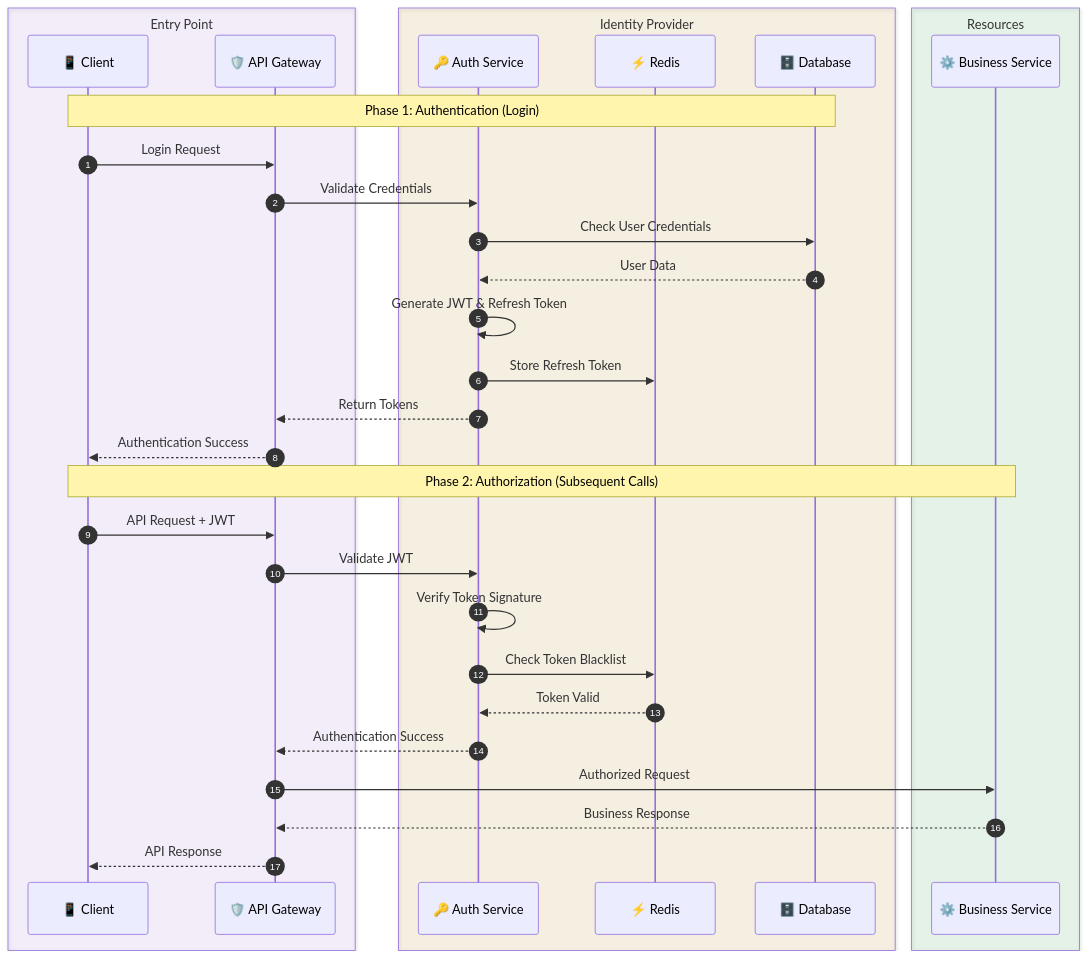
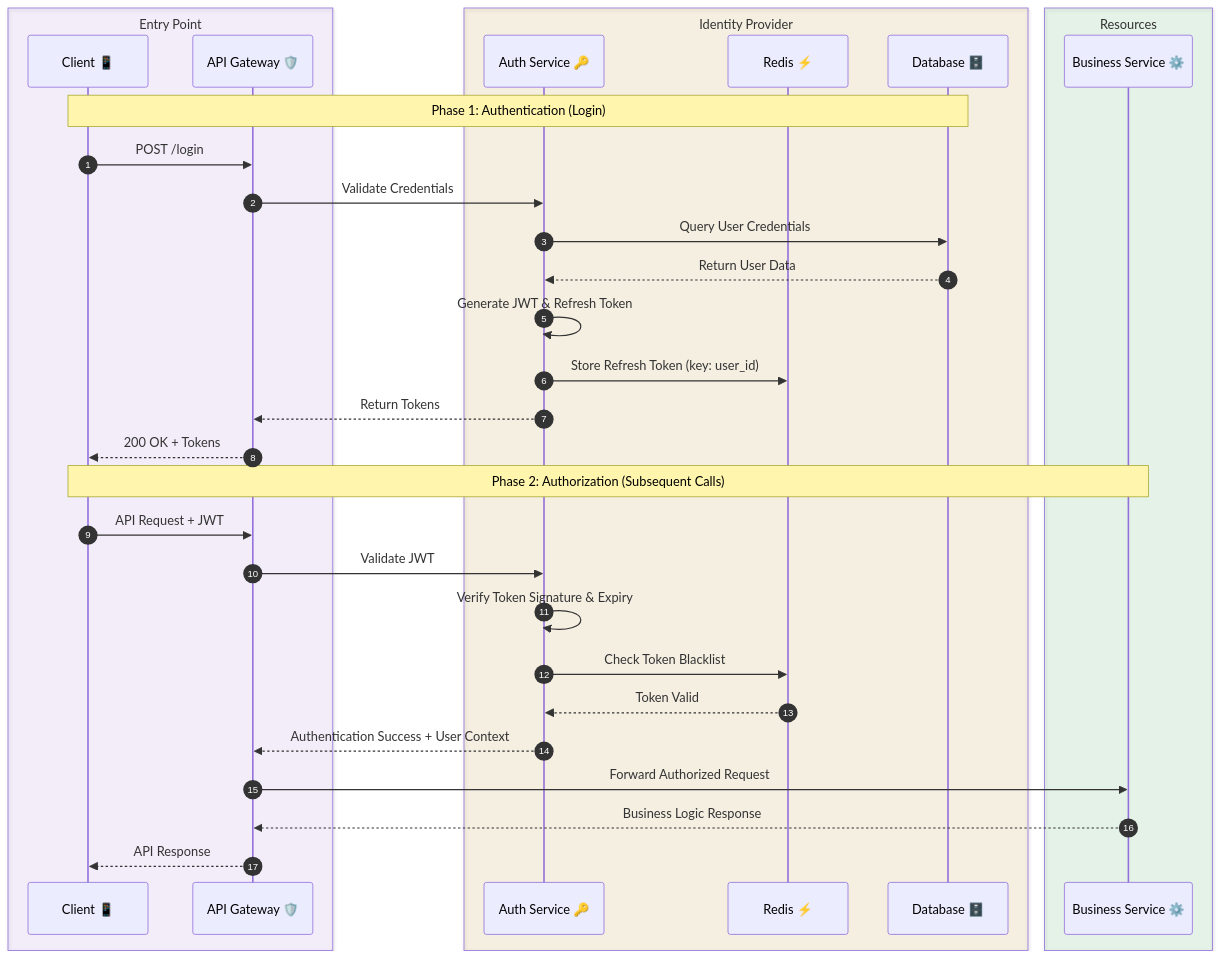
Before and after one commit to abdoElHodaky/transportapp: diagram 11 of 15 in docs/ARCHITECTURE.md, drawn with Mermaid. The commit also changed other lines of this file, not shown here.

````diff
--- a/docs/ARCHITECTURE.md
+++ b/docs/ARCHITECTURE.md
@@ -1830,59 +1778,57 @@
 ```mermaid
 %%{init: {
   "theme": "dark",
   "themeVariables": {
     "primaryColor": "#0d1117",
     "primaryTextColor": "#c9d1d9",
     "primaryBorderColor": "#58a6ff",
     "lineColor": "#58a6ff",
     "secondaryColor": "#30363d",
     "tertiaryColor": "#161b22",
     "mainBkg": "#0d1117",
     "actorBkg": "#0d1117",
     "actorBorder": "#58a6ff",
     "actorTextColor": "#c9d1d9"
   }
 }%%
 sequenceDiagram
     autonumber
 
-    %% Participant Definitions with color-coded boxes
     box rgba(188, 140, 255, 0.1) Entry Point
-        participant C as 📱 Client
-        participant AG as 🛡️ API Gateway
+        participant C as Client 📱
+        participant AG as API Gateway 🛡️
     end
 
     box rgba(210, 153, 34, 0.1) Identity Provider
-        participant AS as 🔑 Auth Service
-        participant RS as ⚡ Redis
-        participant DB as 🗄️ Database
+        participant AS as Auth Service 🔑
+        participant RS as Redis ⚡
+        participant DB as Database 🗄️
     end
 
     box rgba(63, 185, 80, 0.1) Resources
-        participant BS as ⚙️ Business Service
+        participant BS as Business Service ⚙️
     end
 
     Note over C, DB: Phase 1: Authentication (Login)
-    C->>AG: Login Request
+    C->>AG: POST /login
     AG->>AS: Validate Credentials
-    AS->>DB: Check User Credentials
-    DB-->>AS: User Data
+    AS->>DB: Query User Credentials
+    DB-->>AS: Return User Data
     AS->>AS: Generate JWT & Refresh Token
-    AS->>RS: Store Refresh Token
+    AS->>RS: Store Refresh Token (key: user_id)
     AS-->>AG: Return Tokens
-    AG-->>C: Authentication Success
-    
+    AG-->>C: 200 OK + Tokens
+
     Note over C, BS: Phase 2: Authorization (Subsequent Calls)
     C->>AG: API Request + JWT
     AG->>AS: Validate JWT
-    AS->>AS: Verify Token Signature
+    AS->>AS: Verify Token Signature & Expiry
     AS->>RS: Check Token Blacklist
     RS-->>AS: Token Valid
-    AS-->>AG: Authentication Success
-    
-    AG->>BS: Authorized Request
-    BS-->>AG: Business Response
+    AS-->>AG: Authentication Success + User Context
+    AG->>BS: Forward Authorized Request
+    BS-->>AG: Business Logic Response
     AG-->>C: API Response
 
 
 ```
````
